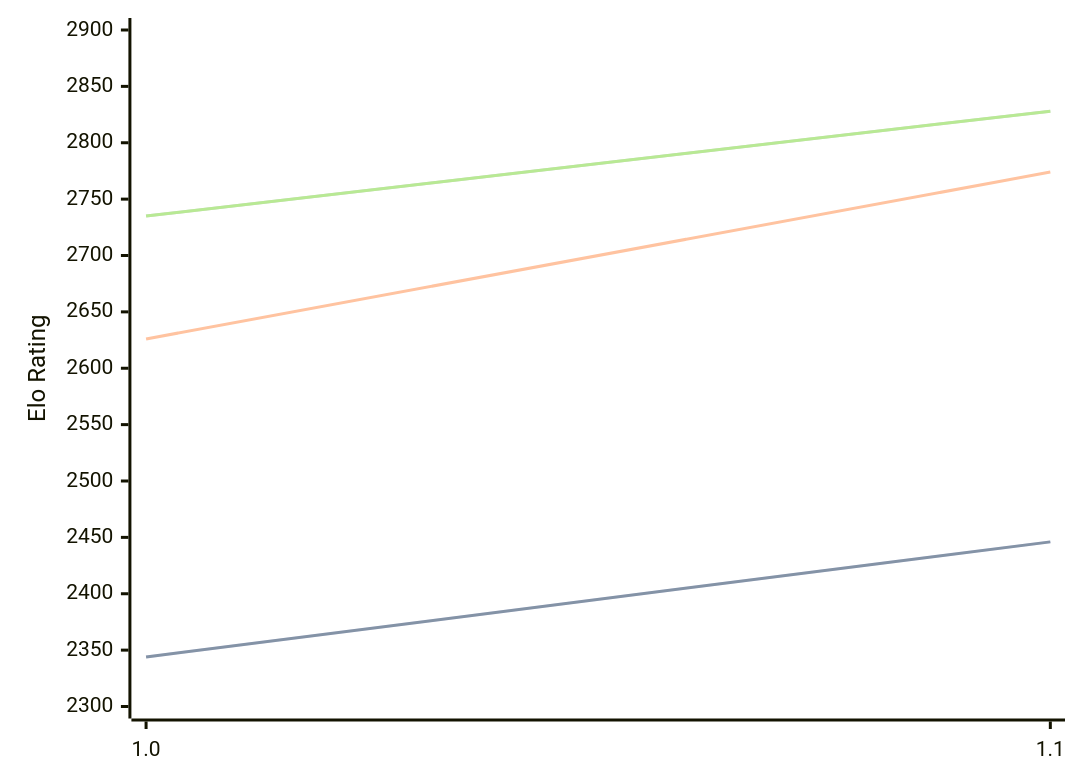
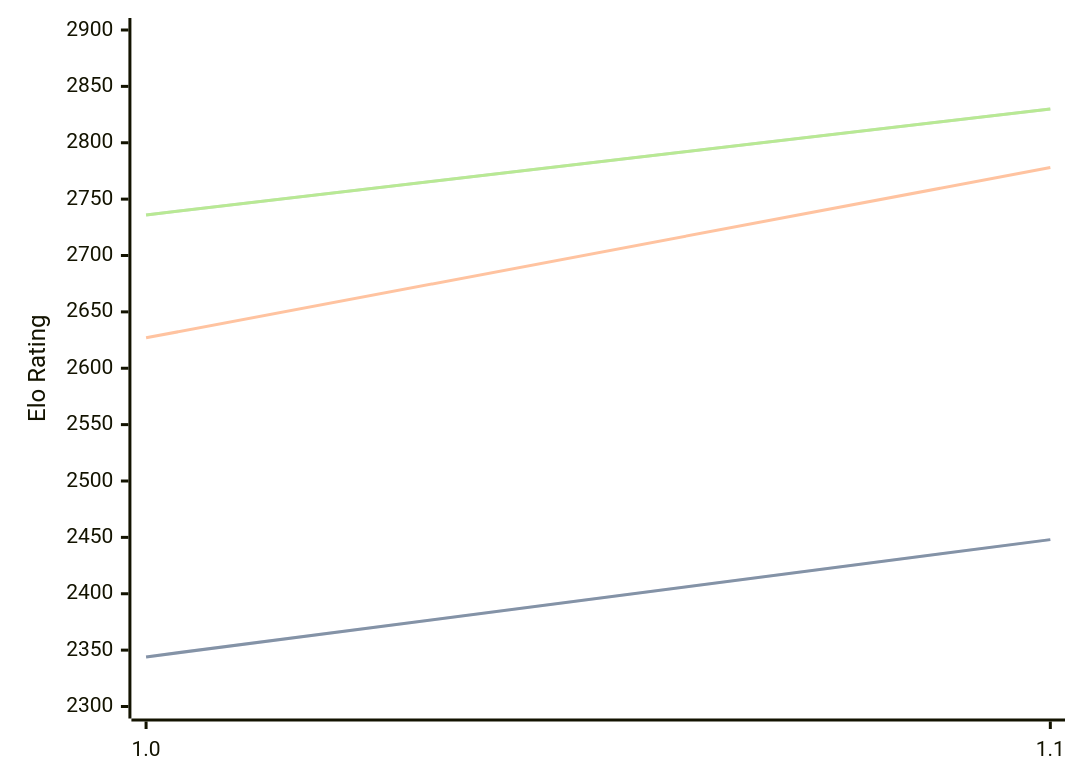
Before and after one commit to computer-chess-index/cci: the diagram in engines/Casanchess.md, drawn with Mermaid. The commit also changed other lines of this file, not shown here.

Commit message:
Update CCI Ratings (ELO VLTC) - 2026-09-01

````diff
--- a/engines/Casanchess.md
+++ b/engines/Casanchess.md
@@ -32,11 +32,11 @@
 ```mermaid
 %%{init: {"theme":"base","themeVariables":{"seriesColors:['#a3a3a3','#222221','#faa371']}}}%%
 xychart-beta
   x-axis ["1.0", "1.1"]
   y-axis "Elo Rating" 2300 --> 2900
-  line "" [2344, 2446]
-  line "STC (8.0+0.08s)" [2344, 2446]
-  line "LTC (60.0+0.60s)" [2626, 2774]
-  line "" [2735, 2828]
-  line "VLTC (2m24s+1.12s)" [2735, 2828]
+  line "" [2344, 2448]
+  line "STC (8.0+0.08s)" [2344, 2448]
+  line "LTC (60.0+0.60s)" [2627, 2778]
+  line "" [2736, 2830]
+  line "VLTC (2m24s+1.12s)" [2736, 2830]
 ```
````
